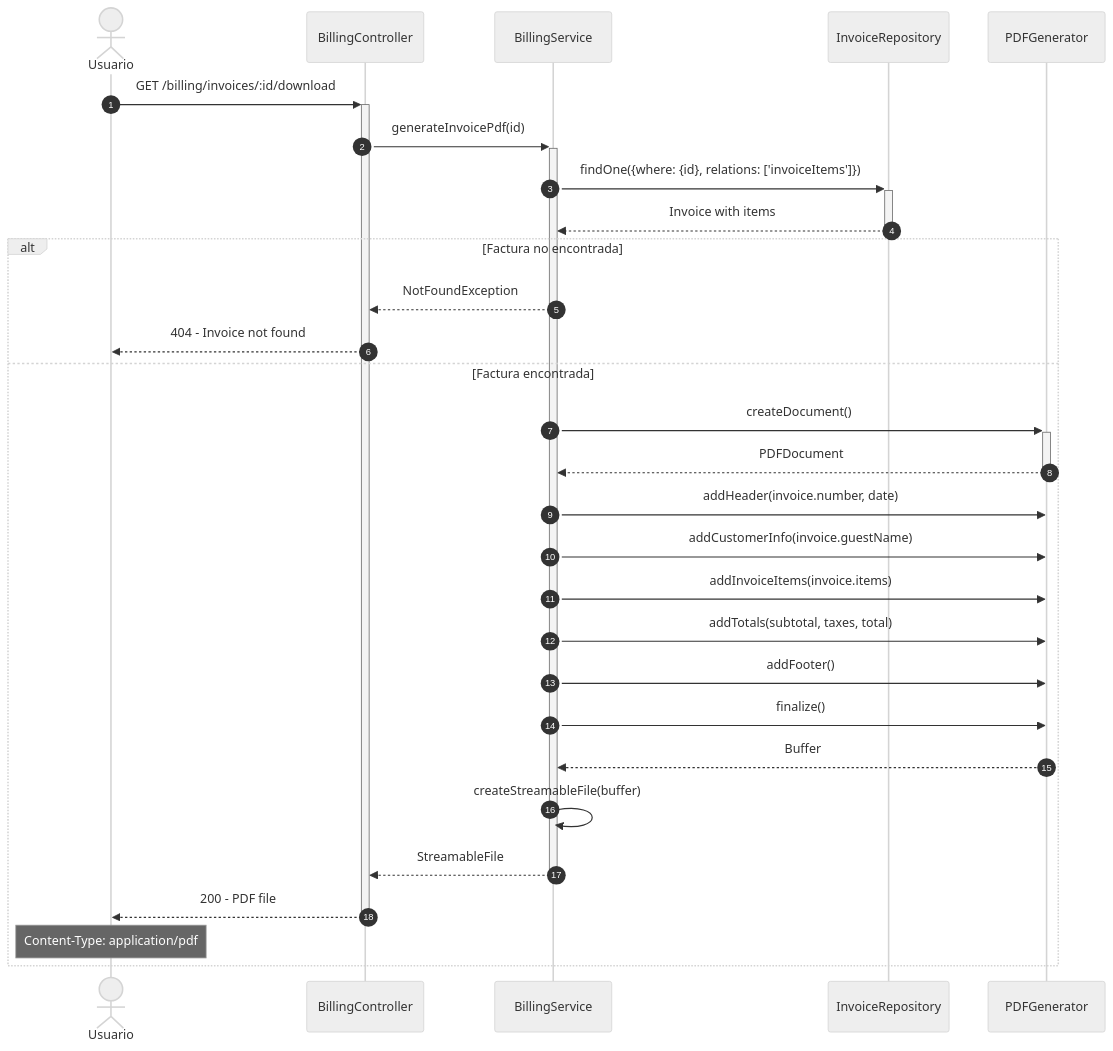
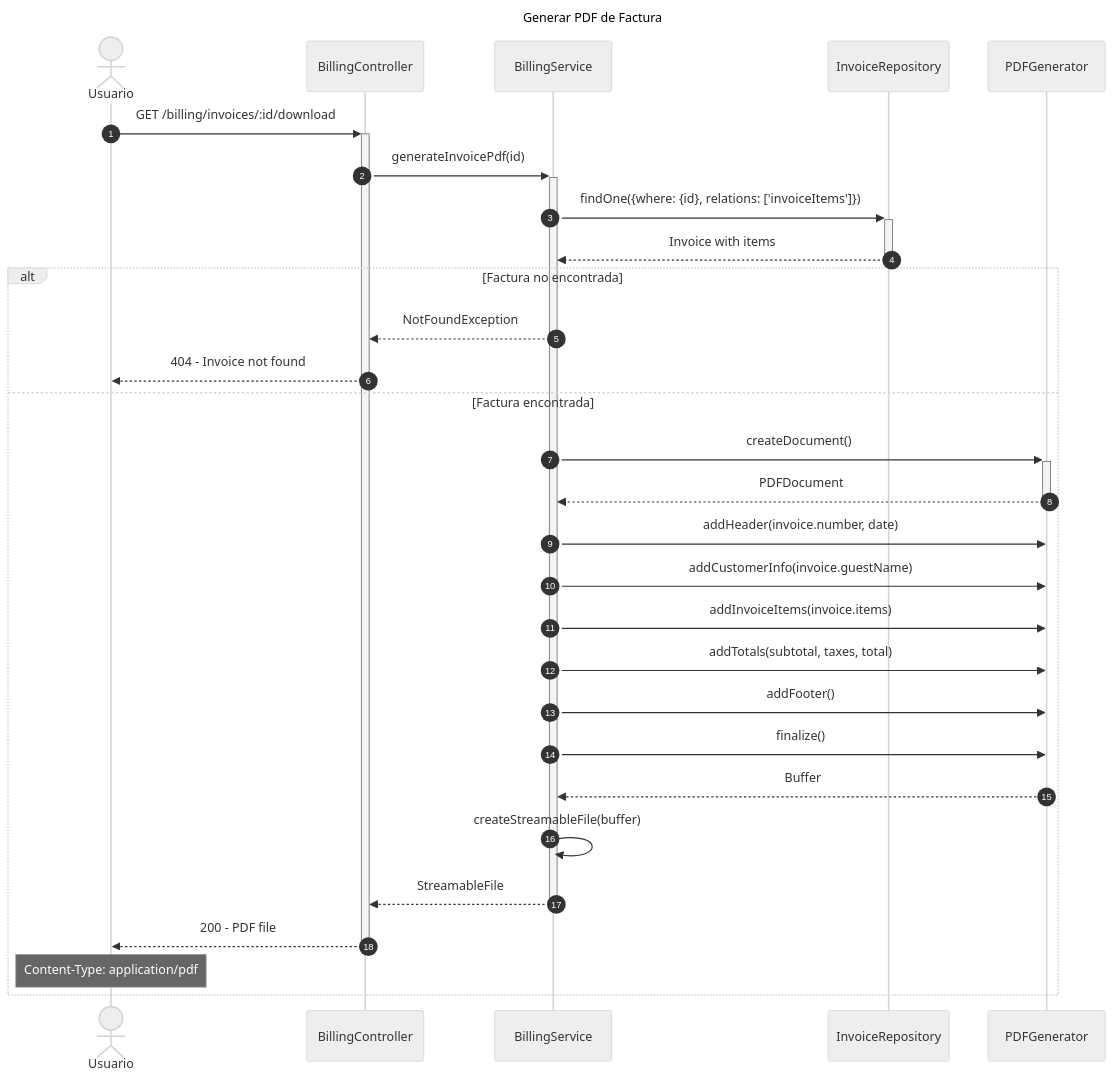
Before and after one commit to Nick220505/hotelier-backend: the fifth of 7 diagrams in diagrams/sequence/billing-sequence-diagram.md, drawn with Mermaid (neutral theme). The commit also changed other lines of this file and 5 other files, not shown here.

Commit message:
Add titles to sequence diagrams for Billing, Employees, Inventory, Reservations, Restaurant, and Users modules

````diff
--- a/diagrams/sequence/billing-sequence-diagram.md
+++ b/diagrams/sequence/billing-sequence-diagram.md
@@ -140,38 +152,41 @@
 ```mermaid
+---
+title: Generar PDF de Factura
+---
 sequenceDiagram
     autonumber
     actor Usuario
     participant Controller as BillingController
     participant Service as BillingService
     participant InvoiceRepo as InvoiceRepository
     participant PDFGenerator
 
     Usuario->>+Controller: GET /billing/invoices/:id/download
     Controller->>+Service: generateInvoicePdf(id)
     
     Service->>+InvoiceRepo: findOne({where: {id}, relations: ['invoiceItems']})
     InvoiceRepo-->>-Service: Invoice with items
     
     alt Factura no encontrada
         Service-->>Controller: NotFoundException
         Controller-->>Usuario: 404 - Invoice not found
     else Factura encontrada
         Service->>+PDFGenerator: createDocument()
         PDFGenerator-->>-Service: PDFDocument
         
         Service->>PDFGenerator: addHeader(invoice.number, date)
         Service->>PDFGenerator: addCustomerInfo(invoice.guestName)
         Service->>PDFGenerator: addInvoiceItems(invoice.items)
         Service->>PDFGenerator: addTotals(subtotal, taxes, total)
         Service->>PDFGenerator: addFooter()
         
         Service->>PDFGenerator: finalize()
         PDFGenerator-->>Service: Buffer
         
         Service->>Service: createStreamableFile(buffer)
         
         Service-->>-Controller: StreamableFile
         Controller-->>-Usuario: 200 - PDF file
         Note over Usuario: Content-Type: application/pdf
     end
 ```
````
